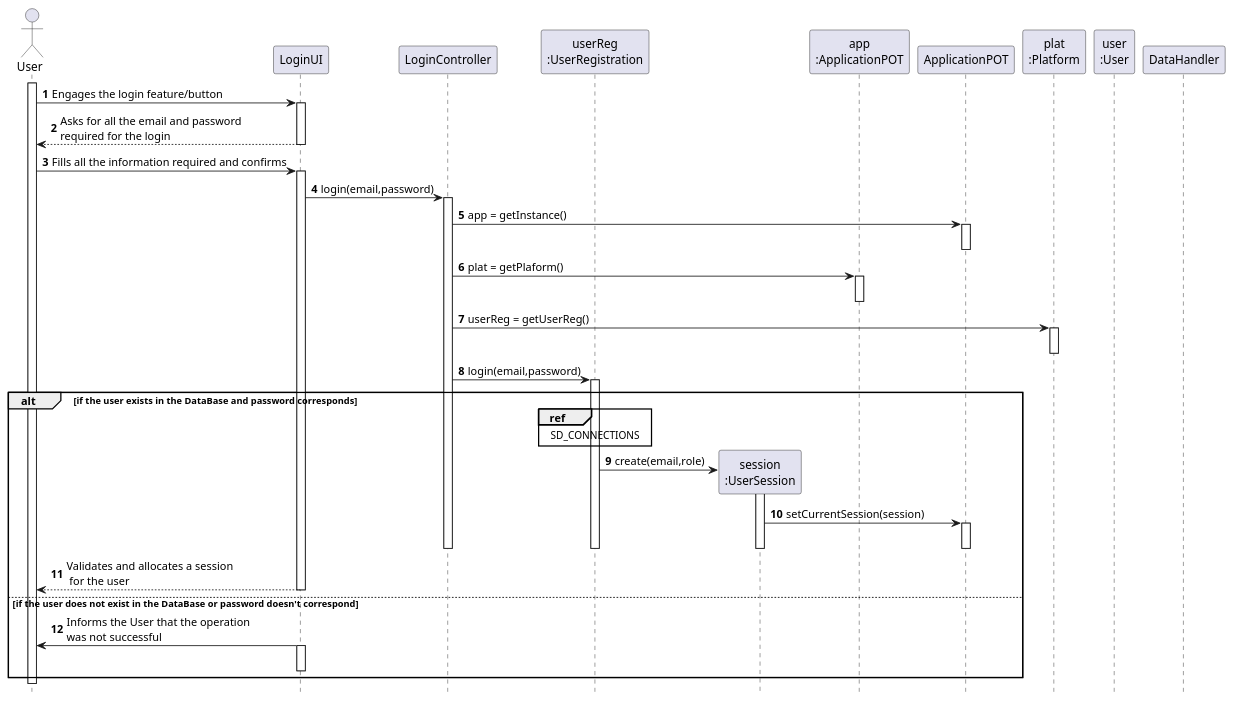
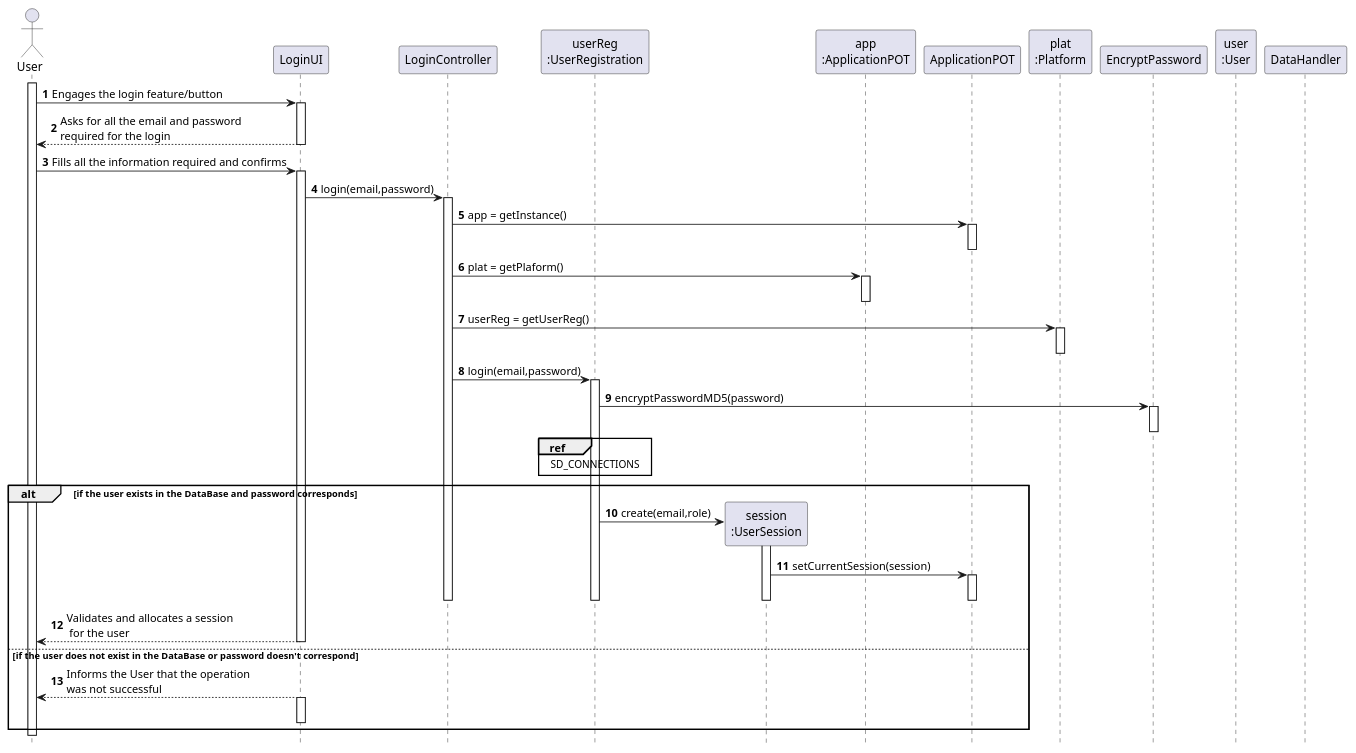
One commit to tiagoavcosta25/LAPR3 changed the diagram in docs/Iteration 1/User Management/US67_Login/US67_SD.puml. Above: the diagram before and after it, drawn with PlantUML. The commit also changed 14 other files, not shown here.

```diff
--- a/docs/Iteration 1/User Management/US67_Login/US67_SD.puml
+++ b/docs/Iteration 1/User Management/US67_Login/US67_SD.puml
@@ -1,92 +1,101 @@
 @startuml
 autonumber
 hide footbox
 
 actor "User" as U
 
 participant "LoginUI" as UI
 participant "LoginController" as CTRL
 
 
 participant "userReg\n:UserRegistration" as UREG
 
 participant "session\n:UserSession" as SES
 participant "app\n:ApplicationPOT" as APP
 participant "ApplicationPOT" as _APP
 participant "plat\n:Platform" as PLAT
+participant "EncryptPassword" as EP
 participant "user\n:User" as USER
+
 
 
 participant "DataHandler" as DH
 
 activate U
 
 U -> UI : Engages the login feature/button
 activate UI
 UI --> U : Asks for all the email and password\nrequired for the login
 deactivate UI
 
 U -> UI : Fills all the information required and confirms
 activate UI
 
 UI -> CTRL : login(email,password)
 activate CTRL
 
 CTRL -> _APP: app = getInstance()
 activate _APP
 deactivate _APP
 
 CTRL -> APP: plat = getPlaform()
 activate APP
 deactivate APP
 
 CTRL -> PLAT : userReg = getUserReg()
 activate PLAT
 deactivate PLAT
 
 CTRL -> UREG : login(email,password)
 activate UREG
 
 
 
 
 
-alt if the user exists in the DataBase and password corresponds
 
 
 
 
+
+UREG -> EP : encryptPasswordMD5(password)
+activate EP
+deactivate EP
+
 ref over UREG
 SD_CONNECTIONS
 end ref
+
+
+alt if the user exists in the DataBase and password corresponds
 UREG -> SES** : create(email,role)
 activate SES
 SES -> _APP : setCurrentSession(session)
 activate _APP
 deactivate SES
 
 
 deactivate _APP
 
 deactivate UREG
 
 
 deactivate CTRL
 
 UI --> U : Validates and allocates a session\n for the user
 deactivate UI
 
 else if the user does not exist in the DataBase or password doesn't correspond
 
 
 
 
 
-UI -> U : Informs the User that the operation\nwas not successful
+UI --> U : Informs the User that the operation\nwas not successful
 activate UI
 deactivate UI
 
 end
 
 deactivate U
 @enduml
```
